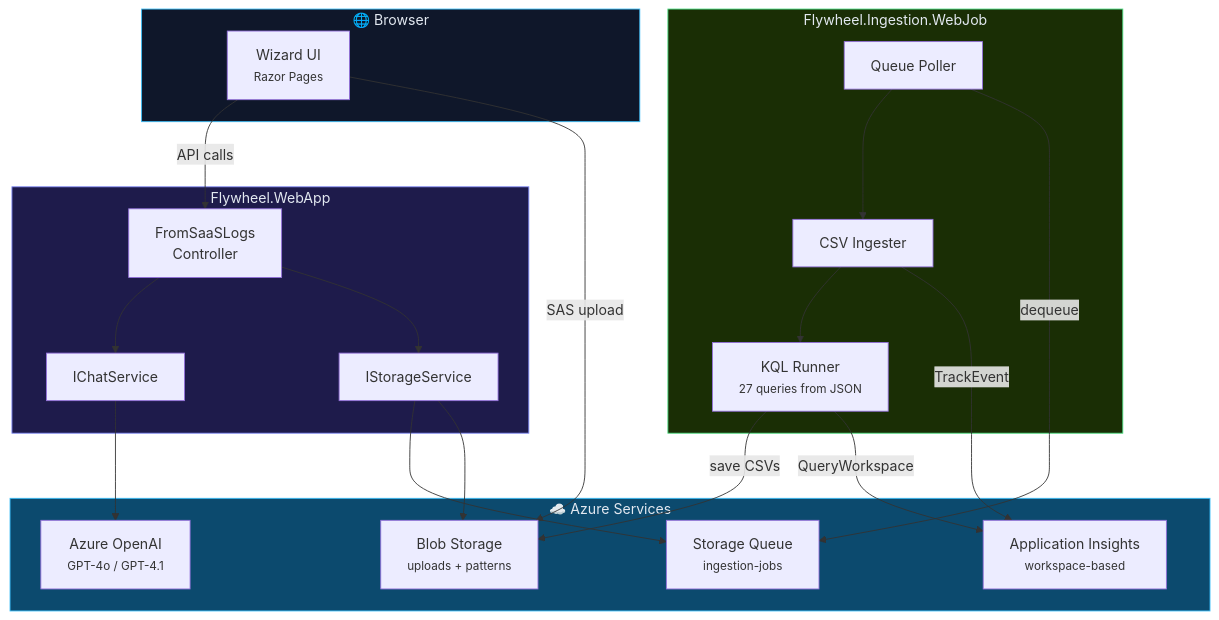
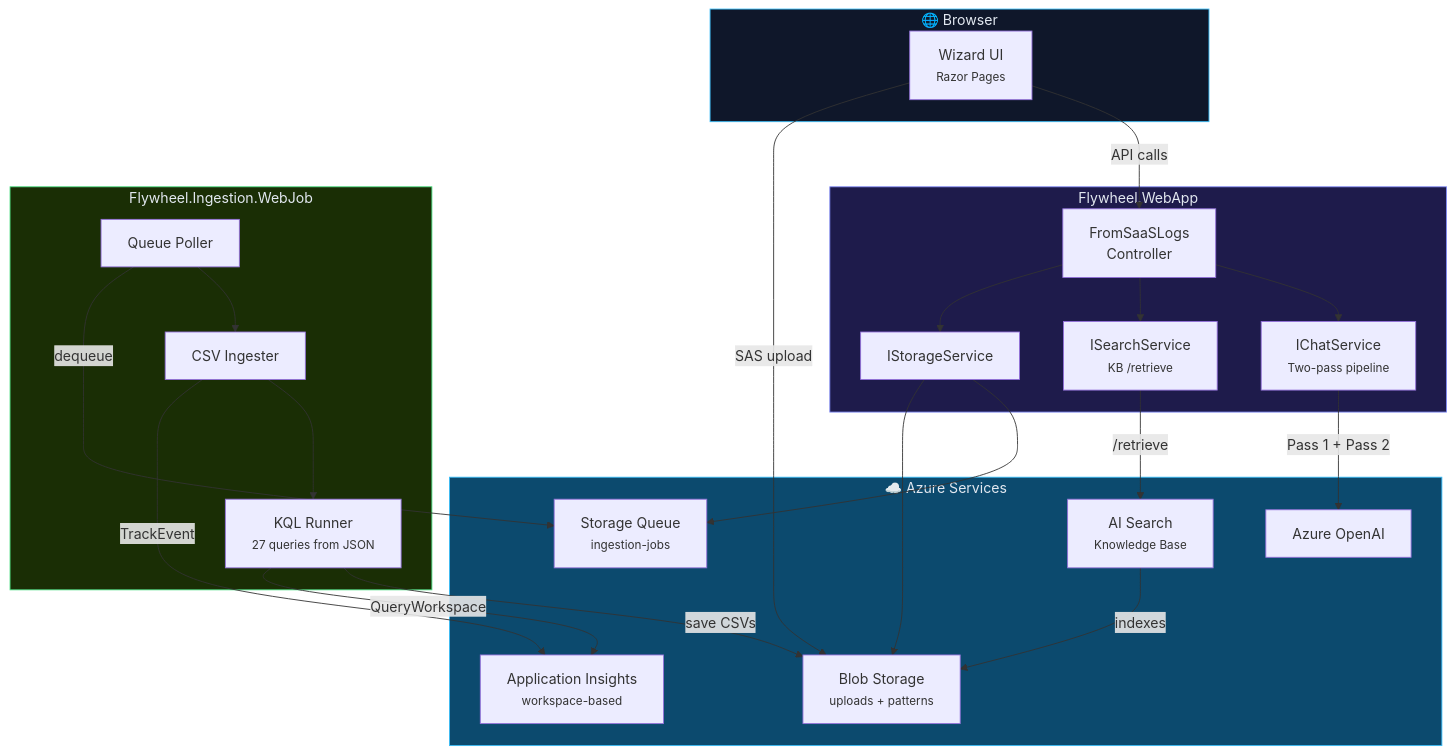
The second of 3 diagrams in README.md (Maxymibus/usage-telemetry), drawn with Mermaid before and after one commit. The commit also changed other lines of this file and 1 other file, not shown here.

````diff
--- a/README.md
+++ b/README.md
@@ -59,45 +80,50 @@
 ```mermaid
 graph TB
     subgraph Browser["🌐 Browser"]
         UI["Wizard UI<br/><small>Razor Pages</small>"]
     end
 
     subgraph WebApp["Flywheel.WebApp"]
         Controller["FromSaaSLogs<br/>Controller"]
         StorageSvc["IStorageService"]
-        ChatSvc["IChatService"]
+        SearchSvc["ISearchService<br/><small>KB /retrieve</small>"]
+        ChatSvc["IChatService<br/><small>Two-pass pipeline</small>"]
     end
 
     subgraph Azure["☁️ Azure Services"]
         Blob["Blob Storage<br/><small>uploads + patterns</small>"]
         Queue["Storage Queue<br/><small>ingestion-jobs</small>"]
         AppIns["Application Insights<br/><small>workspace-based</small>"]
-        AOAI["Azure OpenAI<br/><small>GPT-4o / GPT-4.1</small>"]
+        AOAI["Azure OpenAI"]
+        AISRCH["AI Search<br/><small>Knowledge Base</small>"]
     end
 
     subgraph WebJob["Flywheel.Ingestion.WebJob"]
         Poller["Queue Poller"]
         Ingester["CSV Ingester"]
         KQL["KQL Runner<br/><small>27 queries from JSON</small>"]
     end
 
     UI -->|"SAS upload"| Blob
     UI -->|"API calls"| Controller
     Controller --> StorageSvc
+    Controller --> SearchSvc
     Controller --> ChatSvc
     StorageSvc --> Blob
     StorageSvc --> Queue
-    ChatSvc --> AOAI
+    SearchSvc -->|"/retrieve"| AISRCH
+    AISRCH -->|"indexes"| Blob
+    ChatSvc -->|"Pass 1 + Pass 2"| AOAI
 
     Poller -->|"dequeue"| Queue
     Poller --> Ingester
     Ingester -->|"TrackEvent"| AppIns
     Ingester --> KQL
     KQL -->|"QueryWorkspace"| AppIns
     KQL -->|"save CSVs"| Blob
 
     style Browser fill:#0f172a,stroke:#38bdf8,color:#e2e8f0
     style WebApp fill:#1e1b4b,stroke:#818cf8,color:#e2e8f0
     style Azure fill:#0c4a6e,stroke:#38bdf8,color:#e2e8f0
     style WebJob fill:#1a2e05,stroke:#4ade80,color:#e2e8f0
 ```
````
